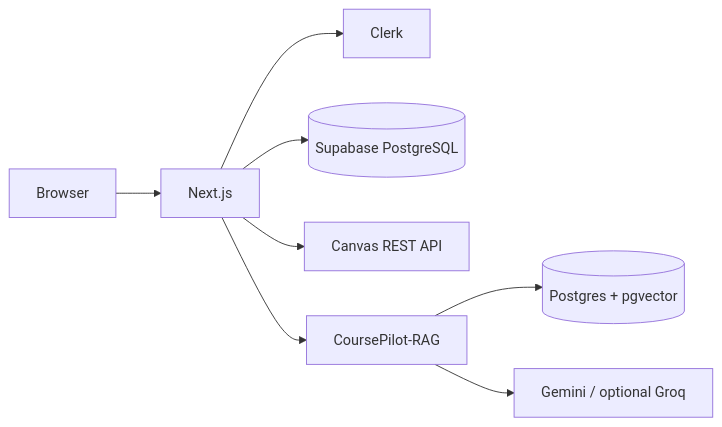
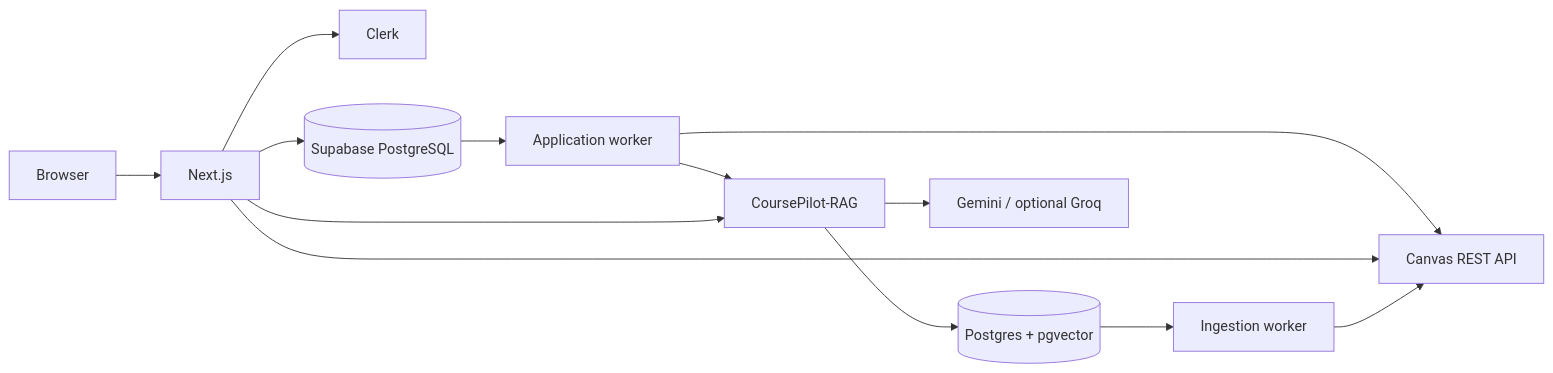
One commit to w1iii/CoursePilot changed the diagram in README.md. Above: the diagram before and after it, drawn with Mermaid. The commit also changed other lines of this file and 47 other files, not shown here.

````diff
--- a/README.md
+++ b/README.md
@@ -21,10 +46,15 @@
 ```mermaid
 flowchart LR
     Browser --> Web[Next.js]
     Web --> Clerk[Clerk]
     Web --> DB[(Supabase PostgreSQL)]
+    DB --> Worker[Application worker]
+    Worker --> Canvas
+    Worker --> RAG
     Web --> Canvas[Canvas REST API]
     Web --> RAG[CoursePilot-RAG]
     RAG --> Vector[(Postgres + pgvector)]
+    Vector --> Ingest[Ingestion worker]
+    Ingest --> Canvas
     RAG --> LLM[Gemini / optional Groq]
 ```
````
